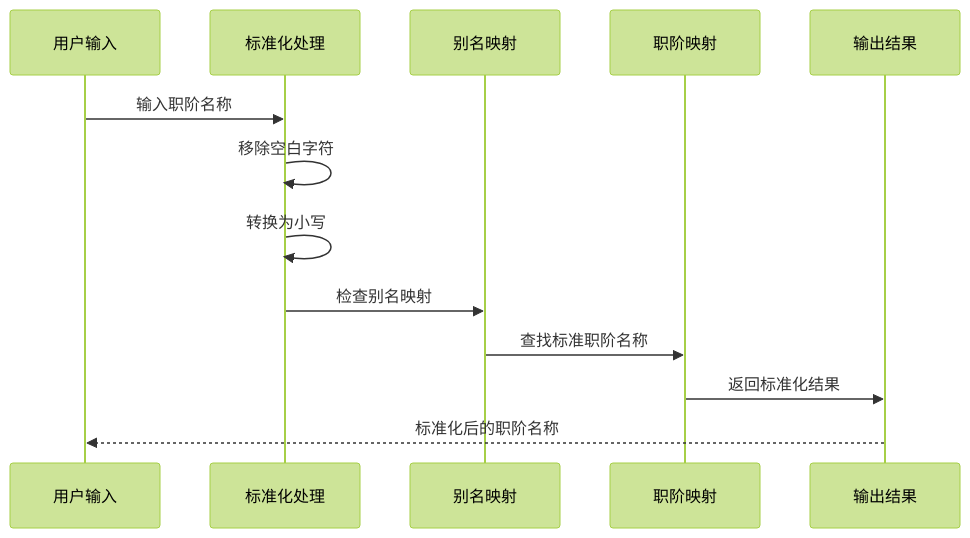
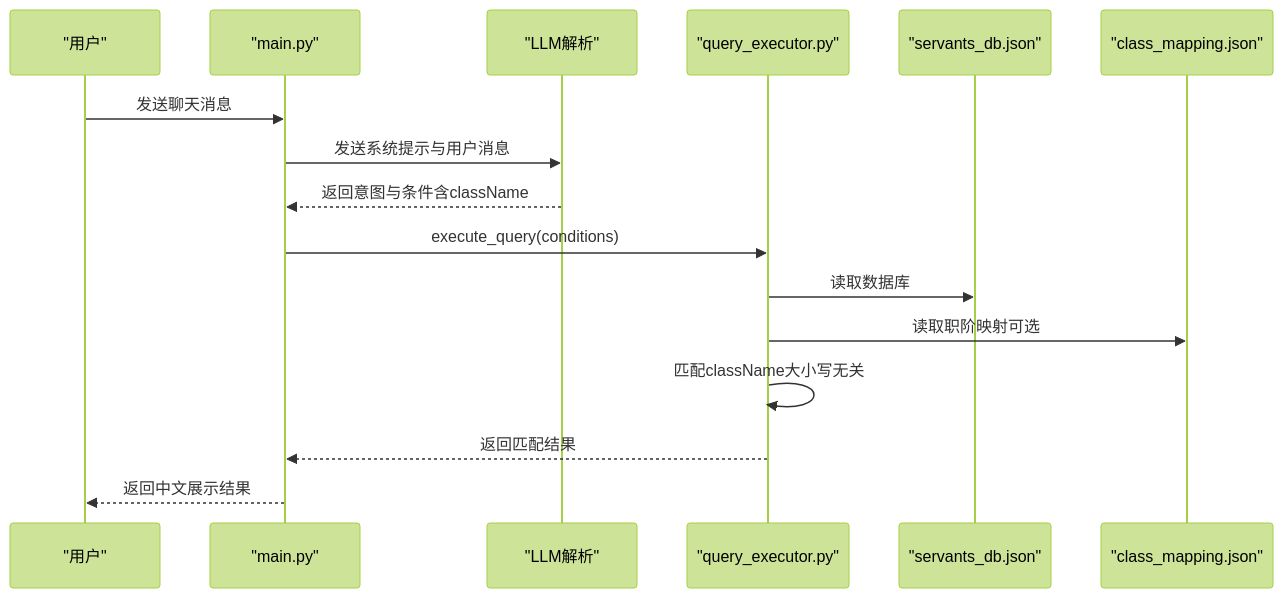
Before and after one commit to kanoha222/Laplace: the second of 7 diagrams in .qoder/repowiki/zh/content/知识库系统/职阶映射系统.md, drawn with Mermaid (forest theme). The commit also changed other lines of this file and 54 other files, not shown here.

````diff
--- a/.qoder/repowiki/zh/content/知识库系统/职阶映射系统.md
+++ b/.qoder/repowiki/zh/content/知识库系统/职阶映射系统.md
@@ -249,15 +107,18 @@
 ```mermaid
 sequenceDiagram
-participant User as 用户输入
-participant Normalize as 标准化处理
-participant Alias as 别名映射
-participant ClassMap as 职阶映射
-participant Output as 输出结果
-User->>Normalize : 输入职阶名称
-Normalize->>Normalize : 移除空白字符
-Normalize->>Normalize : 转换为小写
-Normalize->>Alias : 检查别名映射
-Alias->>ClassMap : 查找标准职阶名称
-ClassMap->>Output : 返回标准化结果
-Output-->>User : 标准化后的职阶名称
+participant U as "用户"
+participant API as "main.py"
+participant LLM as "LLM解析"
+participant EX as "query_executor.py"
+participant DB as "servants_db.json"
+participant MAP as "class_mapping.json"
+U->>API : 发送聊天消息
+API->>LLM : 发送系统提示与用户消息
+LLM-->>API : 返回意图与条件含className
+API->>EX : execute_query(conditions)
+EX->>DB : 读取数据库
+EX->>MAP : 读取职阶映射可选
+EX->>EX : 匹配className大小写无关
+EX-->>API : 返回匹配结果
+API-->>U : 返回中文展示结果
 ```
````
